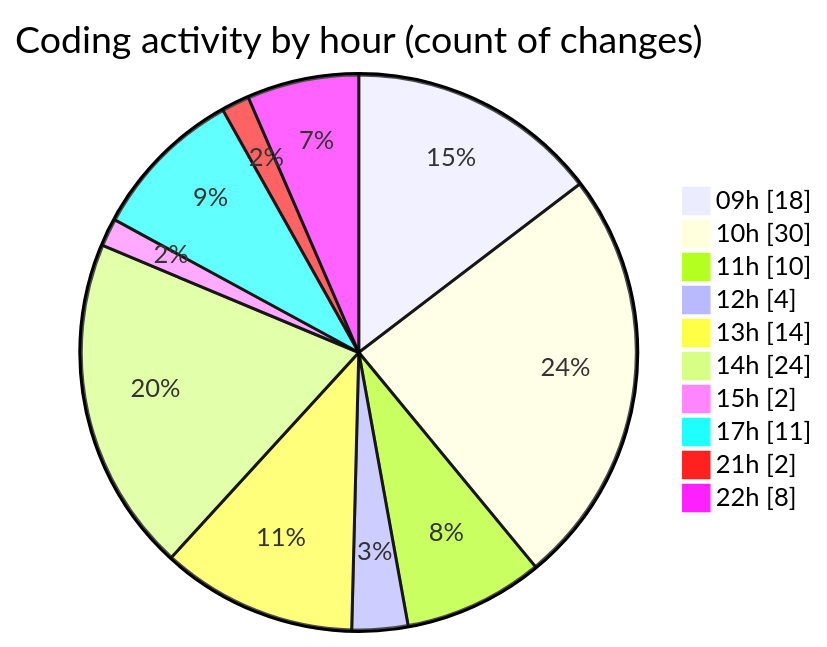
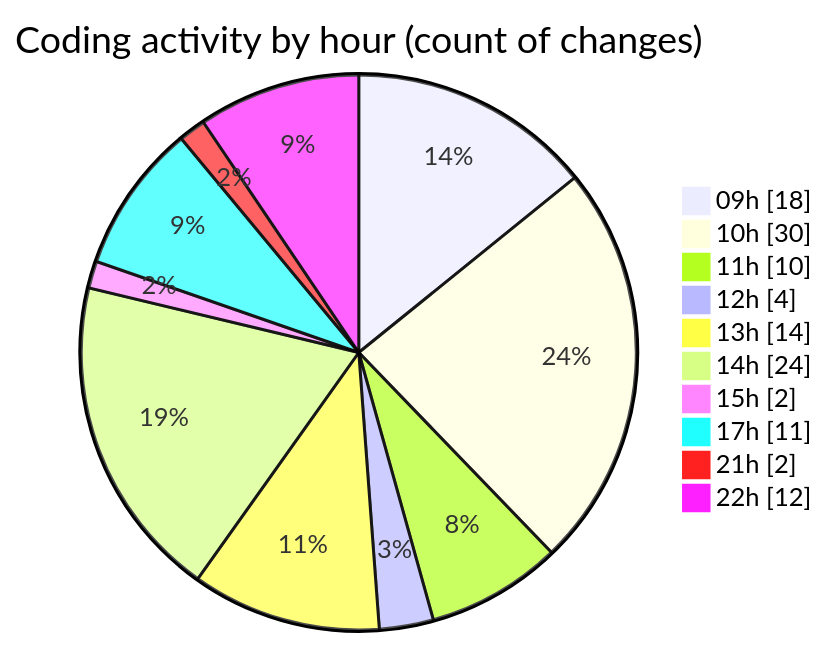
One commit to momahboobian/code-tracking changed the second of 2 diagrams in 2026-09-23/cda/README.md. Above: the diagram before and after it, drawn with Mermaid. The commit also changed other lines of this file and 1 other file, not shown here.

````diff
--- a/2026-09-23/cda/README.md
+++ b/2026-09-23/cda/README.md
@@ -71,14 +73,14 @@
 ```mermaid
 pie showData
 title Coding activity by hour (count of changes)
 "09h" : 18
 "10h" : 30
 "11h" : 10
 "12h" : 4
 "13h" : 14
 "14h" : 24
 "15h" : 2
 "17h" : 11
 "21h" : 2
-"22h" : 8
+"22h" : 12
 ```
````
